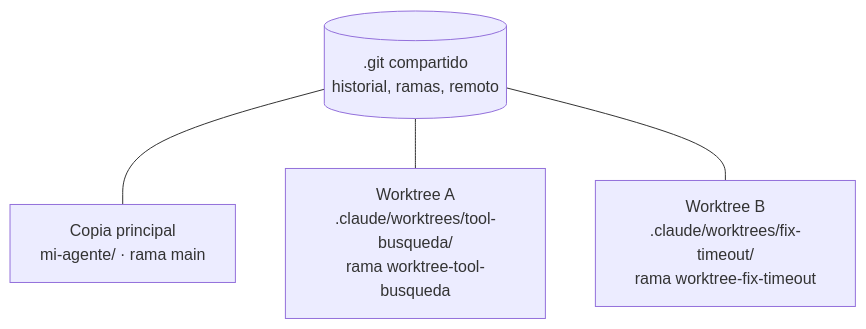
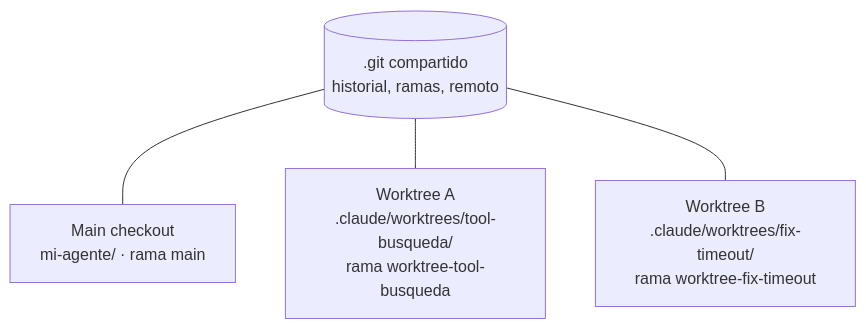
The first of 2 diagrams in md/Worktrees en Claude Code - guía para arquitectos.md (whinedo/ai-docs), drawn with Mermaid before and after one commit. The commit also changed other lines of this file and 7 other files, not shown here.

````diff
--- a/md/Worktrees en Claude Code - guía para arquitectos.md
+++ b/md/Worktrees en Claude Code - guía para arquitectos.md
@@ -22,10 +22,10 @@
 ```mermaid
 flowchart TB
   G[(".git compartido\nhistorial, ramas, remoto")]
-  M["Copia principal\nmi-agente/  ·  rama main"]
+  M["Main checkout\nmi-agente/  ·  rama main"]
   W1["Worktree A\n.claude/worktrees/tool-busqueda/\nrama worktree-tool-busqueda"]
   W2["Worktree B\n.claude/worktrees/fix-timeout/\nrama worktree-fix-timeout"]
   G --- M
   G --- W1
   G --- W2
 ```
````
